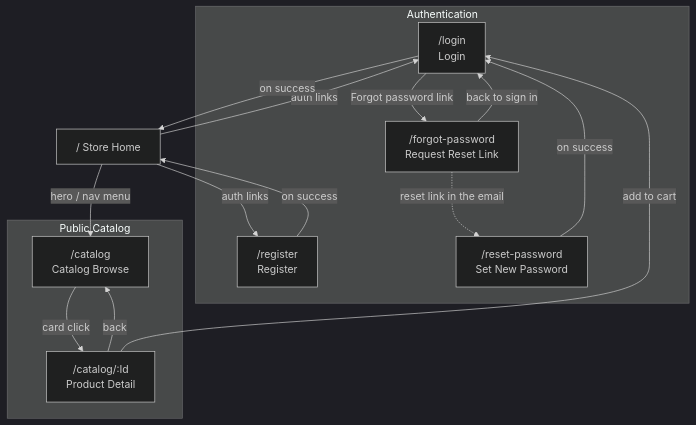
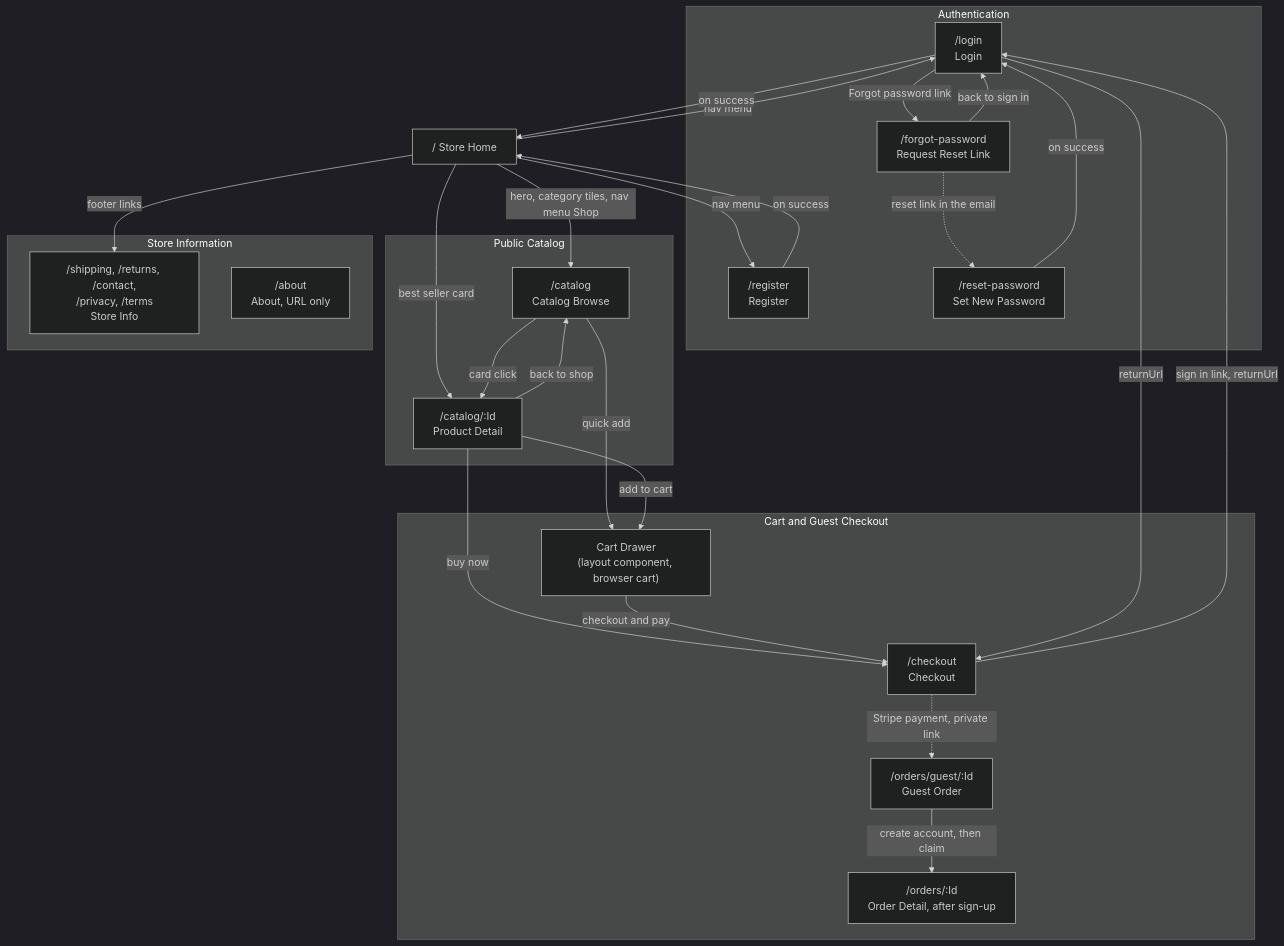
The first of 3 diagrams in docs-src/guides/store-NavigationFlow.md (ivanball/ivanball.github.io), drawn with Mermaid (dark theme) before and after one commit. The commit also changed other lines of this file and 7 other files, not shown here.

````diff
--- a/docs-src/guides/store-NavigationFlow.md
+++ b/docs-src/guides/store-NavigationFlow.md
@@ -23,32 +23,54 @@
 ```mermaid
 flowchart TD
     subgraph Auth["Authentication"]
         Login["/login<br/>Login"]
         Register["/register<br/>Register"]
         ForgotPassword["/forgot-password<br/>Request Reset Link"]
         ResetPassword["/reset-password<br/>Set New Password"]
     end
 
     subgraph Catalog["Public Catalog"]
         Browse["/catalog<br/>Catalog Browse"]
         ProductDetail["/catalog/:Id<br/>Product Detail"]
     end
 
+    subgraph Shop["Cart and Guest Checkout"]
+        Cart["Cart Drawer<br/>(layout component, browser cart)"]
+        Checkout["/checkout<br/>Checkout"]
+        GuestOrder["/orders/guest/:Id<br/>Guest Order"]
+        OrderDetail["/orders/:Id<br/>Order Detail, after sign-up"]
+    end
+
+    subgraph Info["Store Information"]
+        InfoPages["/shipping, /returns, /contact,<br/>/privacy, /terms<br/>Store Info"]
+        About["/about<br/>About, URL only"]
+    end
+
     Home["/  Store Home"]
 
-    Home -->|hero / nav menu| Browse
-    Home -->|auth links| Login
-    Home -->|auth links| Register
+    Home -->|hero, category tiles, nav menu Shop| Browse
+    Home -->|best seller card| ProductDetail
+    Home -->|nav menu| Login
+    Home -->|nav menu| Register
+    Home -->|footer links| InfoPages
 
     Login -->|on success| Home
     Register -->|on success| Home
 
     Login -->|Forgot password link| ForgotPassword
     ForgotPassword -->|back to sign in| Login
     ForgotPassword -.->|reset link in the email| ResetPassword
     ResetPassword -->|on success| Login
 
     Browse -->|card click| ProductDetail
-    ProductDetail -->|back| Browse
-    ProductDetail -->|add to cart| Login
+    ProductDetail -->|back to shop| Browse
+    Browse -->|quick add| Cart
+    ProductDetail -->|add to cart| Cart
+    ProductDetail -->|buy now| Checkout
+    Cart -->|checkout and pay| Checkout
+
+    Checkout -->|sign in link, returnUrl| Login
+    Login -->|returnUrl| Checkout
+    Checkout -.->|Stripe payment, private link| GuestOrder
+    GuestOrder -->|create account, then claim| OrderDetail
 ```
````
